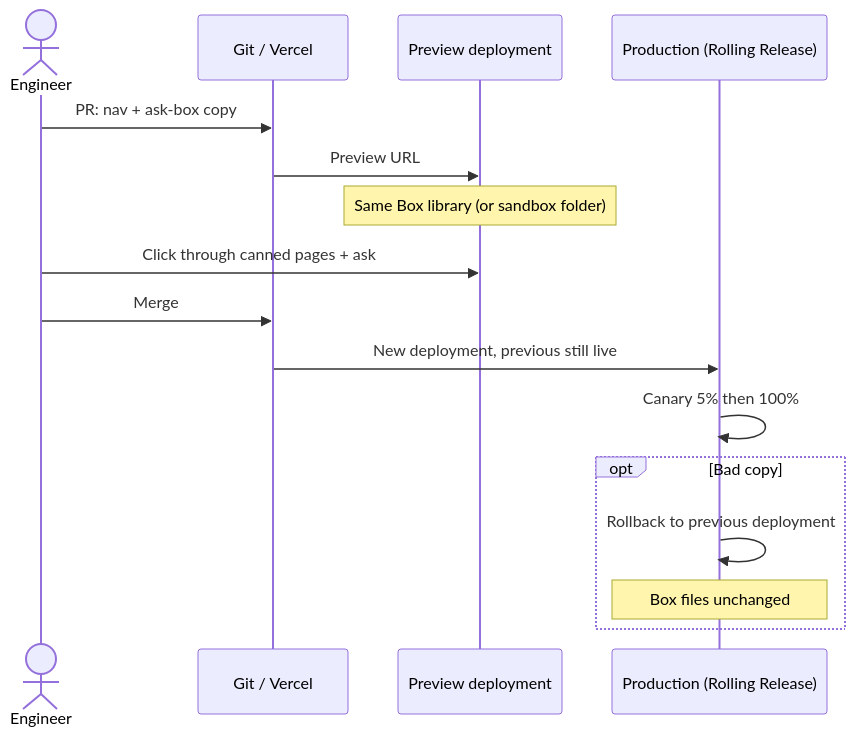
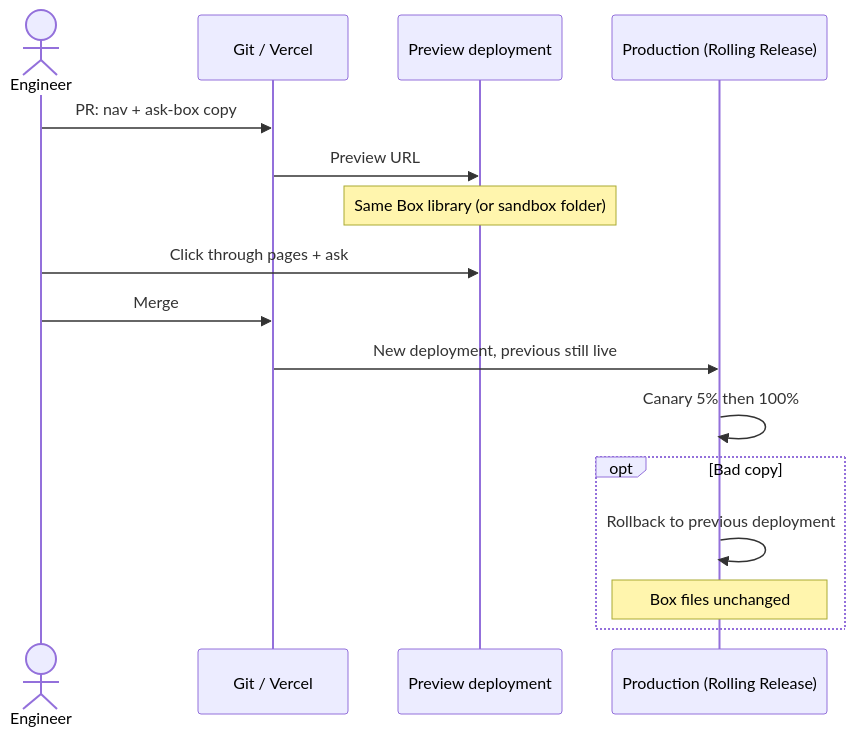
Before and after one commit to hjmhousing-eng/partner-knowledge-portal: the fourth of 4 diagrams in docs/03-sequences.md, drawn with Mermaid. The commit also changed other lines of this file and 28 other files, not shown here.

````diff
--- a/docs/03-sequences.md
+++ b/docs/03-sequences.md
@@ -119,19 +119,19 @@
 ```mermaid
 sequenceDiagram
   actor Dev as Engineer
   participant Git as Git / Vercel
   participant P as Preview deployment
   participant Prod as Production (Rolling Release)
 
   Dev->>Git: PR: nav + ask-box copy
   Git->>P: Preview URL
   Note over P: Same Box library (or sandbox folder)
-  Dev->>P: Click through canned pages + ask
+  Dev->>P: Click through pages + ask
   Dev->>Git: Merge
   Git->>Prod: New deployment, previous still live
   Prod->>Prod: Canary 5% then 100%
   opt Bad copy
     Prod->>Prod: Rollback to previous deployment
     Note over Prod: Box files unchanged
   end
 ```
````
